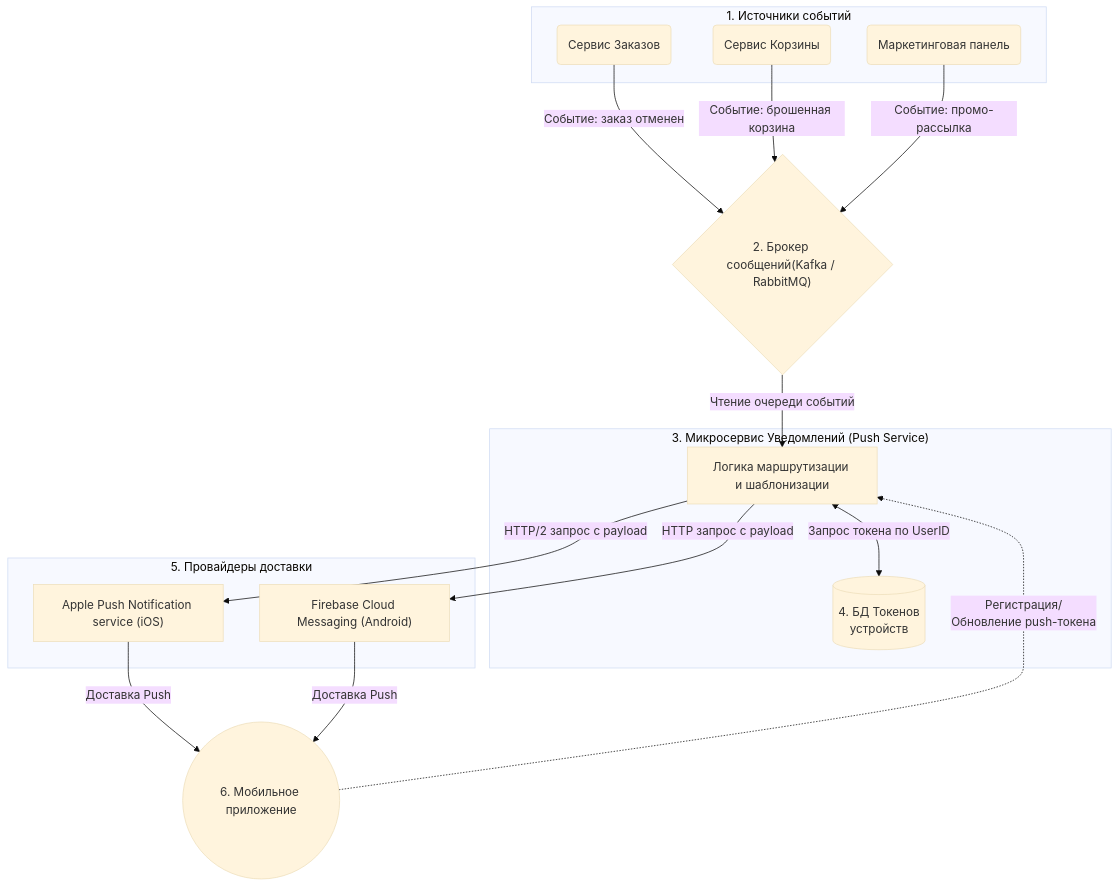
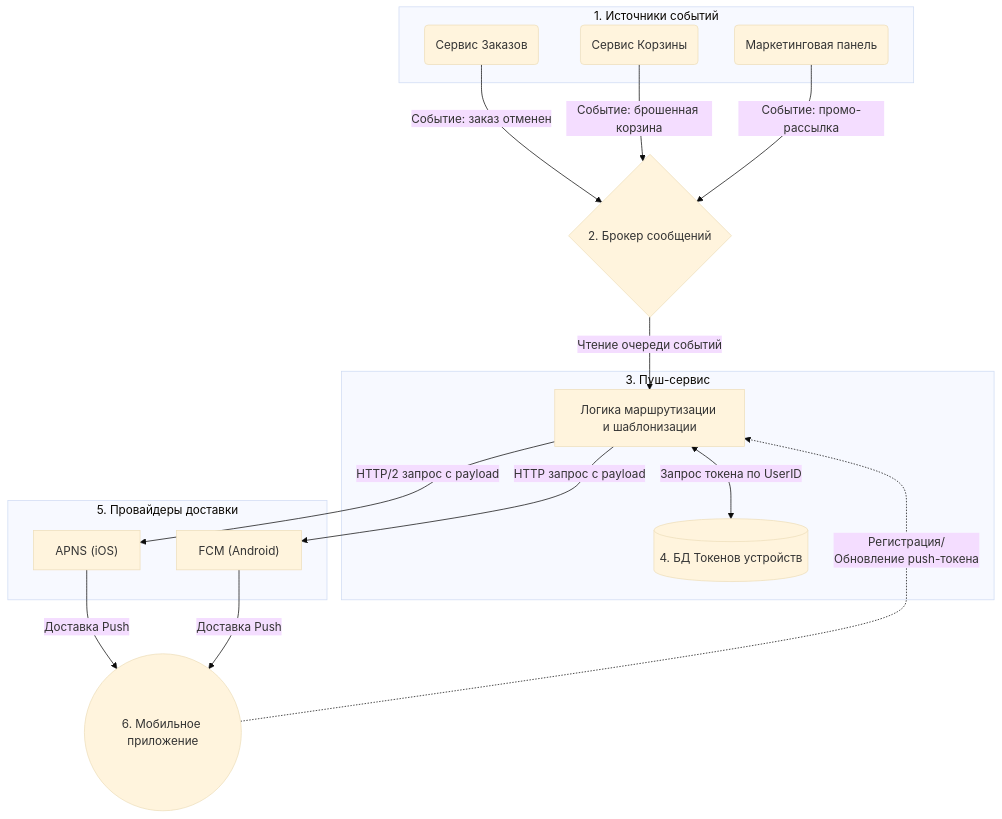
The diagram in README.md (blondiiie/task-SA), drawn with Mermaid (base theme) before and after one commit.

````diff
--- a/README.md
+++ b/README.md
@@ -99,43 +99,28 @@
 ```mermaid
 graph TD
-    %% Источники событий
     subgraph Event_Sources [1. Источники событий]
         OrderService(Сервис Заказов)
         CartService(Сервис Корзины)
         PromoPanel(Маркетинговая панель)
+    end 
+    Broker{"2. Брокер сообщений"}
+    subgraph Notifications ["3. Пуш-сервис"]
+        PushApp[Логика маршрутизации и шаблонизации]
+        TokenDB[("4. БД Токенов устройств")]
     end
-
-    %% Брокер сообщений
-    Broker{"2. Брокер сообщений(Kafka / RabbitMQ)"}
-
-    %% Ядро системы уведомлений
-    subgraph Notification_Core ["3. Микросервис Уведомлений (Push Service)"]
-        PushApp[Логика маршрутизации и шаблонизации]
-        TokenDB[("4. БД Токенов\nустройств")]
+    subgraph Providers [5. Провайдеры доставки]
+        APNS["APNS (iOS)"]
+        FCM["FCM (Android)"]
     end
-
-    %% Облачные провайдеры
-    subgraph Cloud_Providers [5. Провайдеры доставки]
-        APNS["Apple Push Notification service (iOS)"]
-        FCM["Firebase Cloud Messaging (Android)"]
-    end
-
-    %% Клиент
     MobileApp(("6. Мобильное приложение"))
-
-    %% Связи (Поток данных)
     OrderService -- "Событие: заказ отменен" --> Broker
     CartService -- "Событие: брошенная корзина" --> Broker
     PromoPanel -- "Событие: промо-рассылка" --> Broker
-
     Broker -- "Чтение очереди событий" --> PushApp
-    
     MobileApp -. "Регистрация/Обновление push-токена" .-> PushApp
     PushApp <-->|Запрос токена по UserID| TokenDB
-
     PushApp -- "HTTP/2 запрос с payload" --> APNS
     PushApp -- "HTTP запрос с payload" --> FCM
-
     APNS -- "Доставка Push" --> MobileApp
     FCM -- "Доставка Push" --> MobileApp
 ```
````
